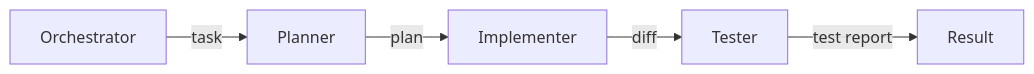
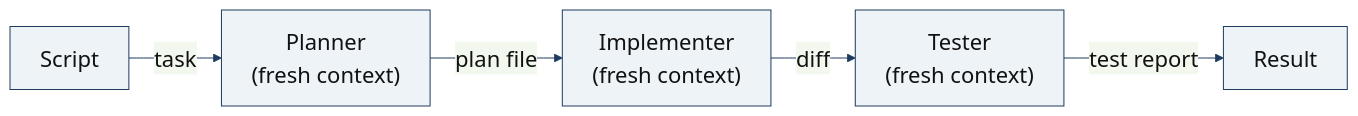
One commit to xoubish/multiGrits changed the diagram in diagrams/pipeline.mmd. Above: the diagram before and after it, drawn with Mermaid. The commit also changed 10 other files, not shown here.

Commit message:
pipeline: diagrammer in worktree diagrams

```diff
--- a/diagrams/pipeline.mmd
+++ b/diagrams/pipeline.mmd
@@ -1,5 +1,6 @@
+%%{init: {"theme": "base", "themeVariables": {"fontSize": "22px", "primaryColor": "#eef3f8", "primaryBorderColor": "#1e3a5f", "primaryTextColor": "#111", "lineColor": "#1e3a5f"}}}%%
 flowchart LR
-  H["Orchestrator"] -->|"task"| P["Planner"]
-  P -->|"plan"| I["Implementer"]
-  I -->|"diff"| T["Tester"]
-  T -->|"test report"| M["Result"]
+  S["Script"] -->|"task"| P["Planner\n(fresh context)"]
+  P -->|"plan file"| I["Implementer\n(fresh context)"]
+  I -->|"diff"| T["Tester\n(fresh context)"]
+  T -->|"test report"| R["Result"]
```
